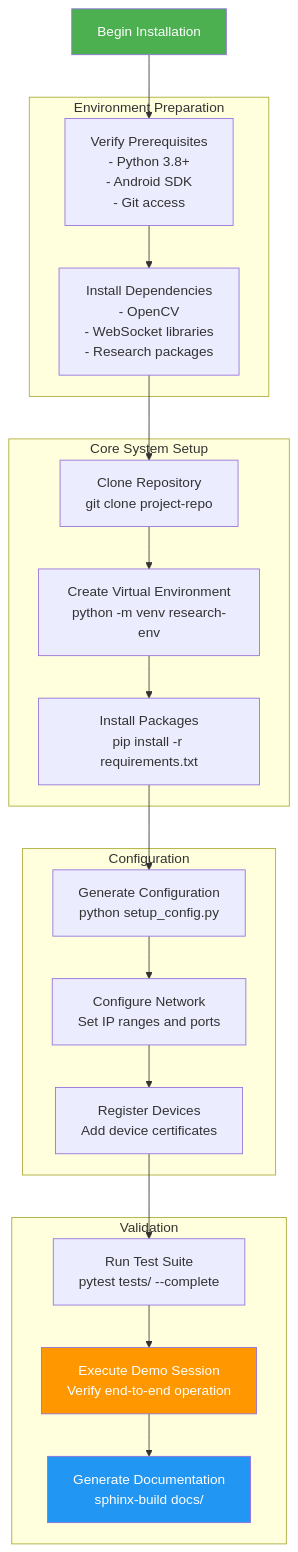
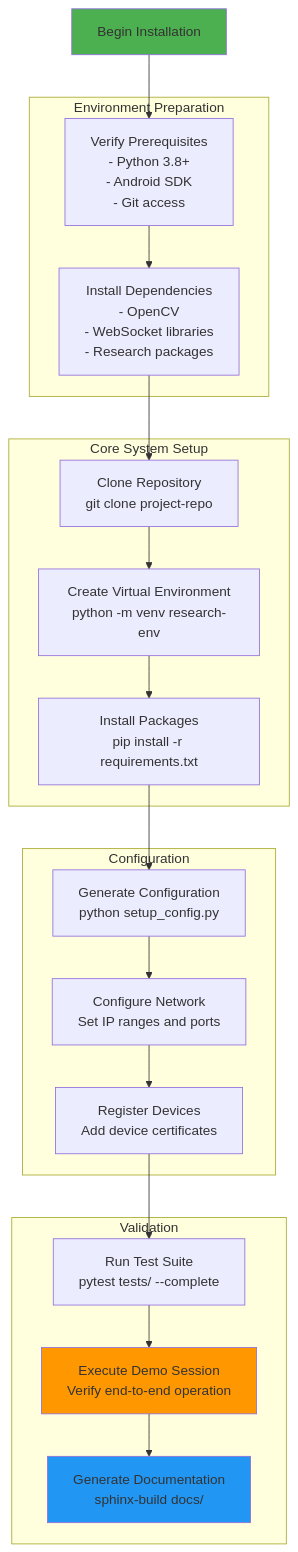
One commit to buccancs/fyp-multi-sensor-recording-system changed the second of 9 diagrams in docs/thesis_report/draft_0/chapter_7_appendices.md. Above: the diagram before and after it, drawn with Mermaid. The commit also changed other lines of this file and 56 other files, not shown here.

````diff
--- a/docs/thesis_report/draft_0/chapter_7_appendices.md
+++ b/docs/thesis_report/draft_0/chapter_7_appendices.md
@@ -603,43 +603,43 @@
 ```mermaid
 flowchart TD
     START[Begin Installation]
     
     subgraph "Environment Preparation"
         PREREQ[Verify Prerequisites<br/>- Python 3.8+<br/>- Android SDK<br/>- Git access]
         DEPS[Install Dependencies<br/>- OpenCV<br/>- WebSocket libraries<br/>- Research packages]
     end
     
     subgraph "Core System Setup"
         CLONE[Clone Repository<br/>git clone project-repo]
         VENV[Create Virtual Environment<br/>python -m venv research-env]
         INSTALL[Install Packages<br/>pip install -r requirements.txt]
     end
     
     subgraph "Configuration"
         CONFIG[Generate Configuration<br/>python setup_config.py]
         NETWORK[Configure Network<br/>Set IP ranges and ports]
         DEVICES[Register Devices<br/>Add device certificates]
     end
     
     subgraph "Validation"
         TEST[Run Test Suite<br/>pytest tests/ --complete]
         DEMO[Execute Demo Session<br/>Verify end-to-end operation]
         DOCS[Generate Documentation<br/>sphinx-build docs/]
     end
     
     START --> PREREQ
     PREREQ --> DEPS
     DEPS --> CLONE
     CLONE --> VENV
     VENV --> INSTALL
     INSTALL --> CONFIG
     CONFIG --> NETWORK
     NETWORK --> DEVICES
     DEVICES --> TEST
     TEST --> DEMO
     DEMO --> DOCS
     
-    style START fill:#4caf50,color:#ffffff
-    style DEMO fill:#ff9800,color:#ffffff
-    style DOCS fill:#2196f3,color:#ffffff
+    style START fill:#4caf50,colour:#ffffff
+    style DEMO fill:#ff9800,colour:#ffffff
+    style DOCS fill:#2196f3,colour:#ffffff
 ```
````
